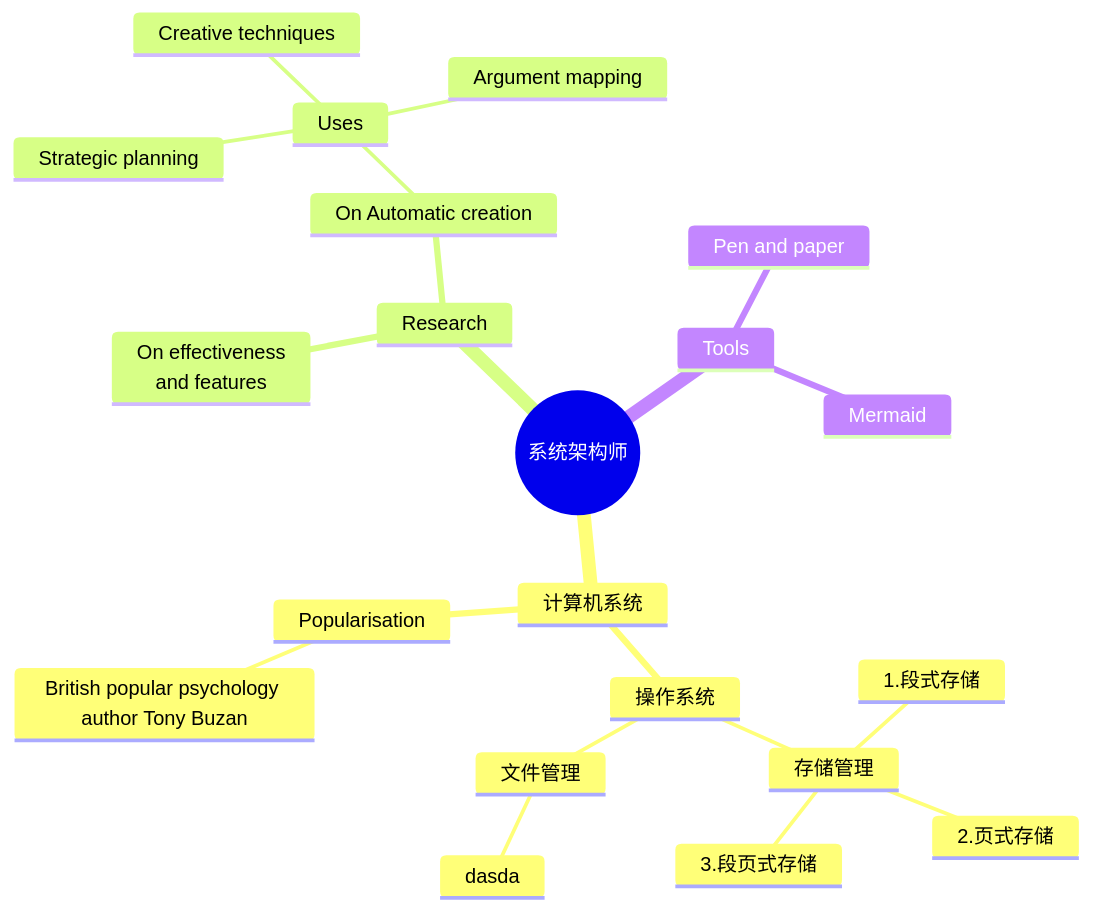
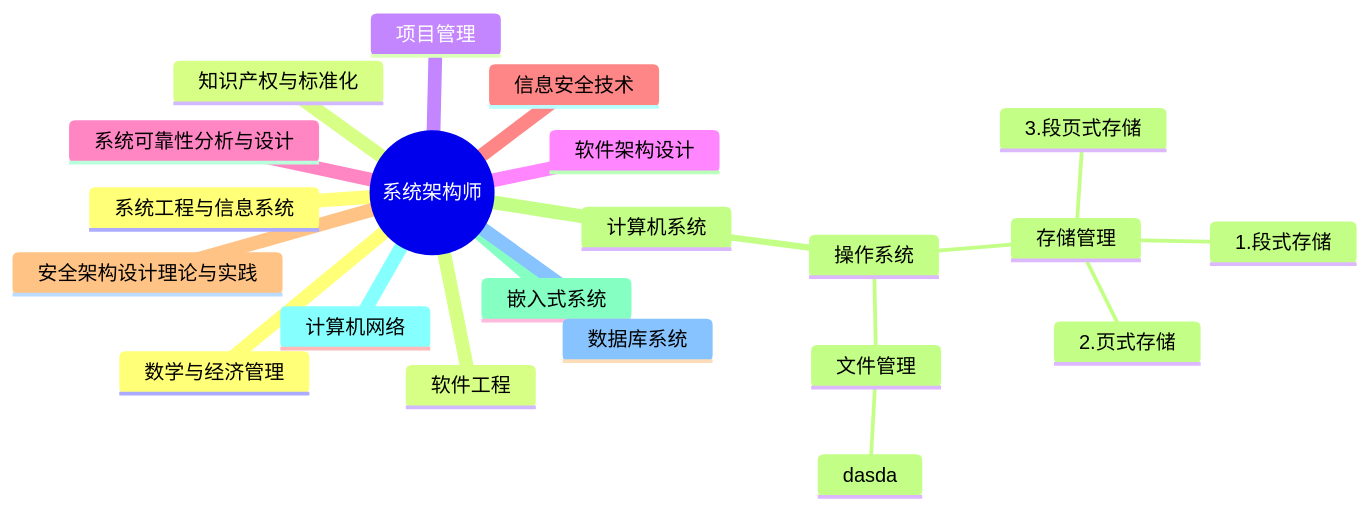
Before and after one commit to AaronYang0628/docs: the diagram in content/RunKao/_index.md, drawn with Mermaid.

Commit message:
update rk

````diff
--- a/content/RunKao/_index.md
+++ b/content/RunKao/_index.md
@@ -8,25 +8,25 @@
 ```mermaid
 mindmap
   root((系统架构师))
+    系统工程与信息系统
+    软件工程
+    项目管理
+    软件架构设计
+    系统可靠性分析与设计
+    信息安全技术
+    安全架构设计理论与实践
     计算机系统
       操作系统
       ::icon(fa fa-book)
         存储管理
           1.段式存储
           2.页式存储
           3.段页式存储
         文件管理
           dasda
-      Popularisation
-        British popular psychology author Tony Buzan
-    Research
-      On effectiveness<br/>and features
-      On Automatic creation
-        Uses
-            Creative techniques
-            Strategic planning
-            Argument mapping
-    Tools
-      Pen and paper
-      Mermaid
+    嵌入式系统
+    计算机网络
+    数据库系统
+    数学与经济管理
+    知识产权与标准化
 ```
````
